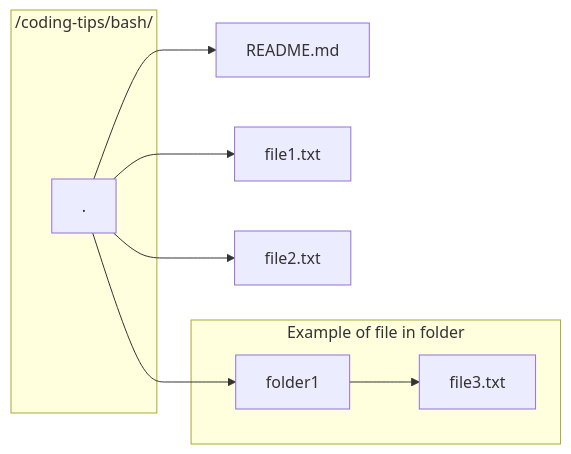
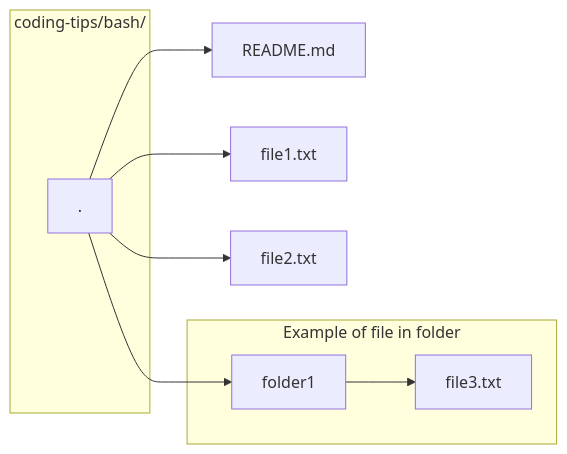
Before and after one commit to suasuasuasuasua/cs-tips: the diagram in bash/README.md, drawn with Mermaid. The commit also changed other lines of this file, not shown here.

Commit message:
Removed leading slashes because it's misleading

````diff
--- a/bash/README.md
+++ b/bash/README.md
@@ -16,15 +16,14 @@
 ```mermaid
 graph LR
 
-  subgraph 1g[ /coding-tips/bash/ ]
+  subgraph 1g[ coding-tips/bash/ ]
     root[.]
   end
   root --> 1[README.md]
   root --> 2[file1.txt]
   root --> 3[file2.txt]
   root --> 4[folder1]
   subgraph 4g[Example of file in folder]
     4 --> 41[file3.txt]
   end
-  click 1 "https://github.com/suasuasuasuasua/coding-tips/blob/main/bash/README.md"
 ```
````
